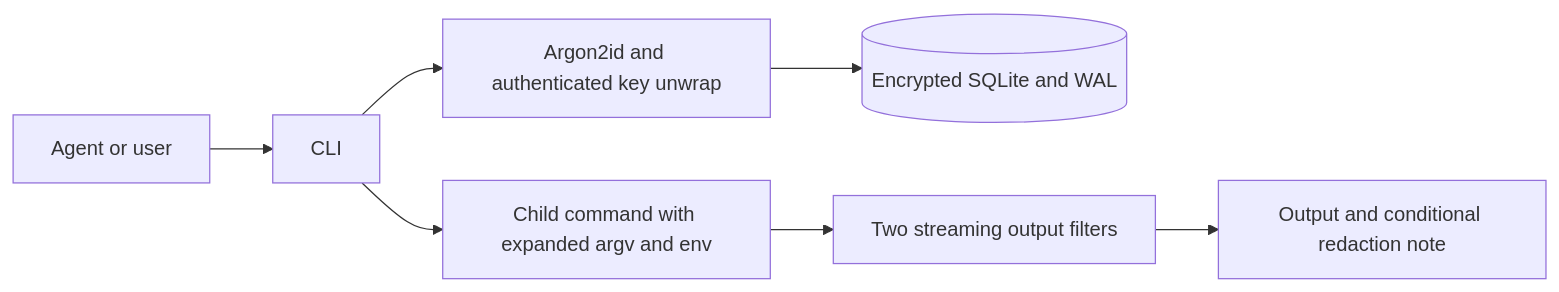
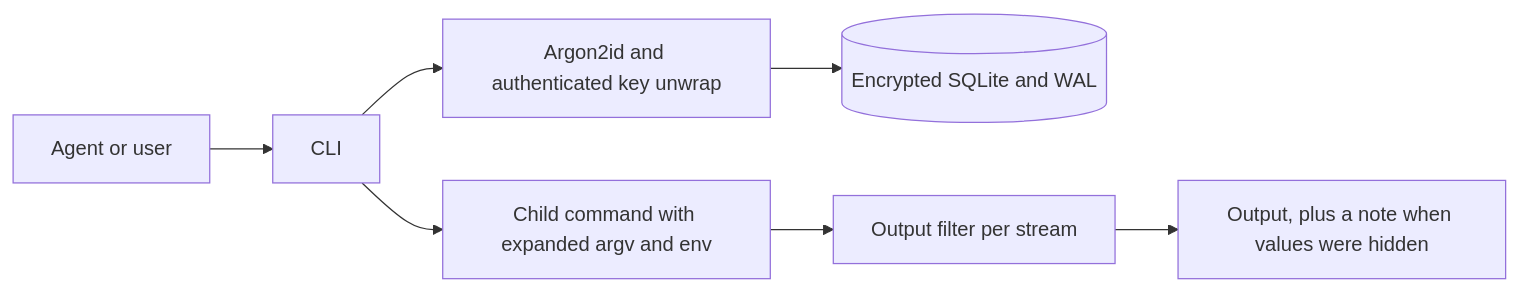
One commit to agyard/agsecret changed the diagram in docs/architecture.md. Above: the diagram before and after it, drawn with Mermaid. The commit also changed other lines of this file and 31 other files, not shown here.

````diff
--- a/docs/architecture.md
+++ b/docs/architecture.md
@@ -11,9 +13,9 @@
 ```mermaid
 flowchart LR
   A[Agent or user] --> C[CLI]
   C --> U[Argon2id and authenticated key unwrap]
   U --> S[(Encrypted SQLite and WAL)]
   C --> X[Child command with expanded argv and env]
-  X --> R[Two streaming output filters]
-  R --> O[Output and conditional redaction note]
+  X --> R[Output filter per stream]
+  R --> O[Output, plus a note when values were hidden]
 ```
````
